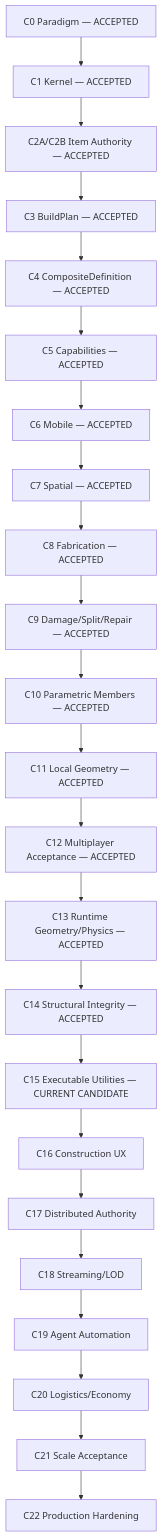
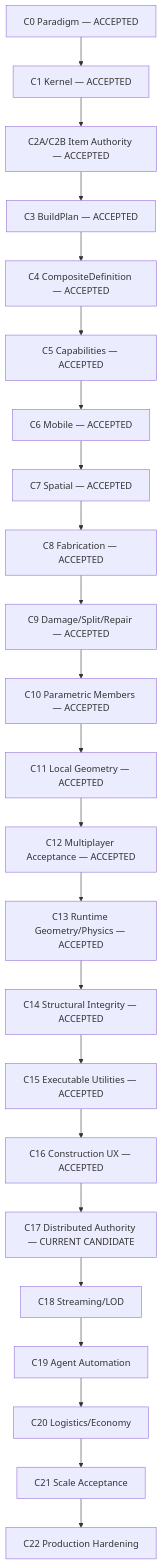
Before and after one commit to rootfabric/distributed-world-simulator: the diagram in docs/plans/CONSTRUCTION_MAP_RU.md, drawn with Mermaid. The commit also changed other lines of this file and 42 other files, not shown here.

Commit message:
feat(construction): add distributed construction authority

````diff
--- a/docs/plans/CONSTRUCTION_MAP_RU.md
+++ b/docs/plans/CONSTRUCTION_MAP_RU.md
@@ -33,25 +37,25 @@
 ```mermaid
 flowchart TD
     C0["C0 Paradigm — ACCEPTED"] --> C1["C1 Kernel — ACCEPTED"]
     C1 --> C2["C2A/C2B Item Authority — ACCEPTED"]
     C2 --> C3["C3 BuildPlan — ACCEPTED"]
     C3 --> C4["C4 CompositeDefinition — ACCEPTED"]
     C4 --> C5["C5 Capabilities — ACCEPTED"]
     C5 --> C6["C6 Mobile — ACCEPTED"]
     C6 --> C7["C7 Spatial — ACCEPTED"]
     C7 --> C8["C8 Fabrication — ACCEPTED"]
     C8 --> C9["C9 Damage/Split/Repair — ACCEPTED"]
     C9 --> C10["C10 Parametric Members — ACCEPTED"]
     C10 --> C11["C11 Local Geometry — ACCEPTED"]
     C11 --> C12["C12 Multiplayer Acceptance — ACCEPTED"]
     C12 --> C13["C13 Runtime Geometry/Physics — ACCEPTED"]
     C13 --> C14["C14 Structural Integrity — ACCEPTED"]
-    C14 --> C15["C15 Executable Utilities — CURRENT CANDIDATE"]
-    C15 --> C16["C16 Construction UX"]
-    C16 --> C17["C17 Distributed Authority"]
+    C14 --> C15["C15 Executable Utilities — ACCEPTED"]
+    C15 --> C16["C16 Construction UX — ACCEPTED"]
+    C16 --> C17["C17 Distributed Authority — CURRENT CANDIDATE"]
     C17 --> C18["C18 Streaming/LOD"]
     C18 --> C19["C19 Agent Automation"]
     C19 --> C20["C20 Logistics/Economy"]
     C20 --> C21["C21 Scale Acceptance"]
     C21 --> C22["C22 Production Hardening"]
 ```
````
